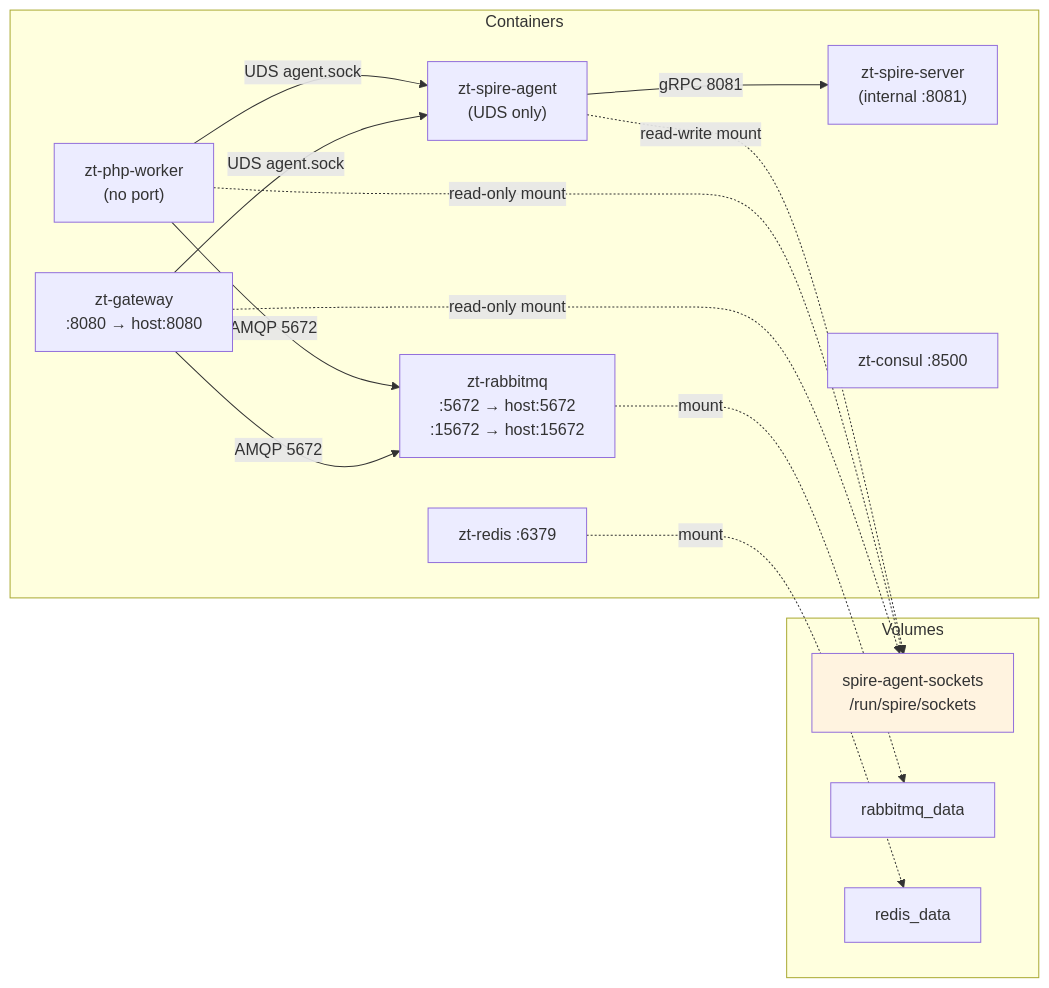
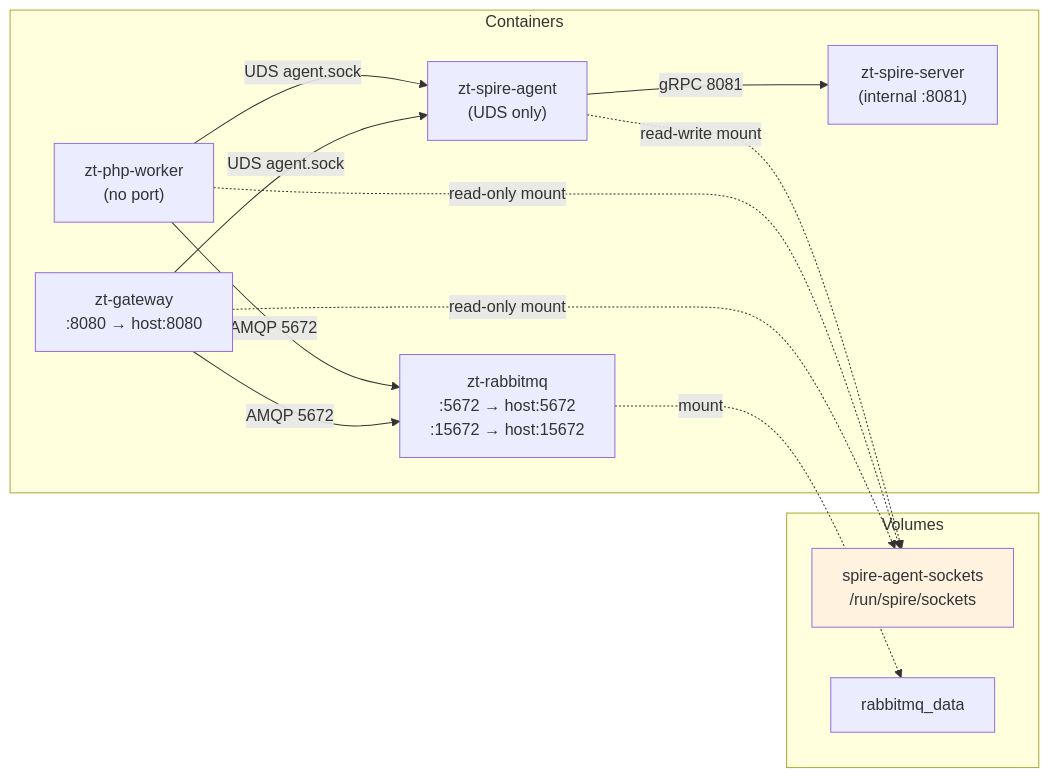
Before and after one commit to jie80219/zt-event-gateway: the second of 21 diagrams in docs/architecture-flows.md, drawn with Mermaid. The commit also changed other lines of this file and 55 other files, not shown here.

````diff
--- a/docs/architecture-flows.md
+++ b/docs/architecture-flows.md
@@ -93,32 +91,28 @@
 ```mermaid
 graph LR
     subgraph Volumes
         V1["spire-agent-sockets<br/>/run/spire/sockets"]
         V2["rabbitmq_data"]
-        V3["redis_data"]
     end
 
     subgraph Containers
         C1["zt-gateway<br/>:8080 → host:8080"]
         C2["zt-php-worker<br/>(no port)"]
         C3["zt-rabbitmq<br/>:5672 → host:5672<br/>:15672 → host:15672"]
         C4["zt-spire-server<br/>(internal :8081)"]
         C5["zt-spire-agent<br/>(UDS only)"]
-        C6["zt-consul :8500"]
-        C7["zt-redis :6379"]
     end
 
     C1 -.->|"read-only mount"| V1
     C2 -.->|"read-only mount"| V1
     C5 -.->|"read-write mount"| V1
     C3 -.->|"mount"| V2
-    C7 -.->|"mount"| V3
 
     C1 -->|"AMQP 5672"| C3
     C2 -->|"AMQP 5672"| C3
     C5 -->|"gRPC 8081"| C4
     C1 -->|"UDS agent.sock"| C5
     C2 -->|"UDS agent.sock"| C5
 
     style V1 fill:#fff3e0
 ```
````
